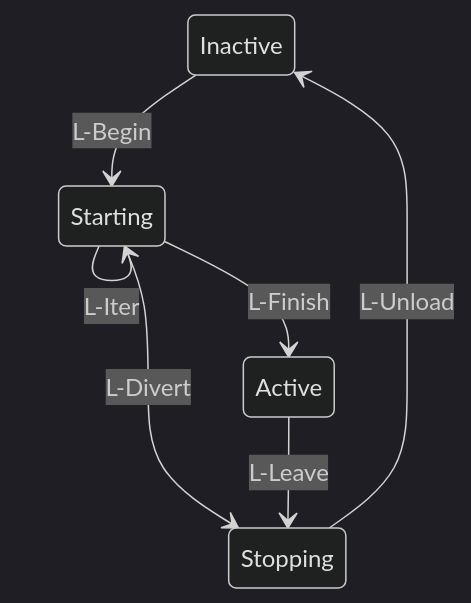
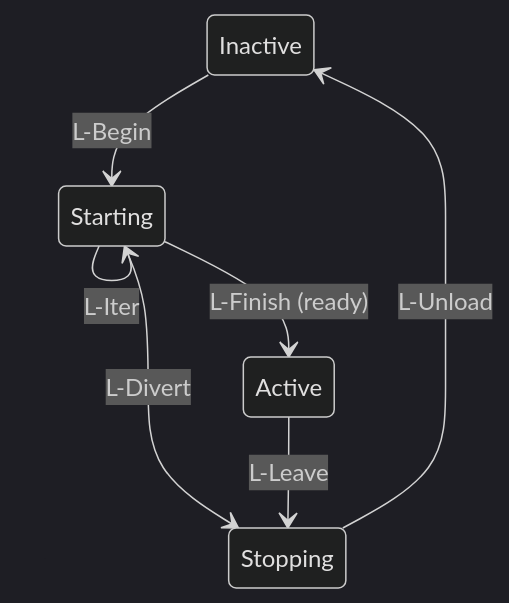
The diagram in active/0046-mqtt-component-model.md (savonarola/eip), drawn with Mermaid (dark theme) before and after one commit. The commit also changed other lines of this file, not shown here.

````diff
--- a/active/0046-mqtt-component-model.md
+++ b/active/0046-mqtt-component-model.md
@@ -121,9 +121,9 @@
 ```mermaid
 stateDiagram-v2
     Inactive --> Starting: L-Begin
     Starting --> Starting: L-Iter
-    Starting --> Active: L-Finish
+    Starting --> Active: L-Finish (ready)
     Starting --> Stopping: L-Divert
     Active --> Stopping: L-Leave
     Stopping --> Inactive: L-Unload
 ```
````
